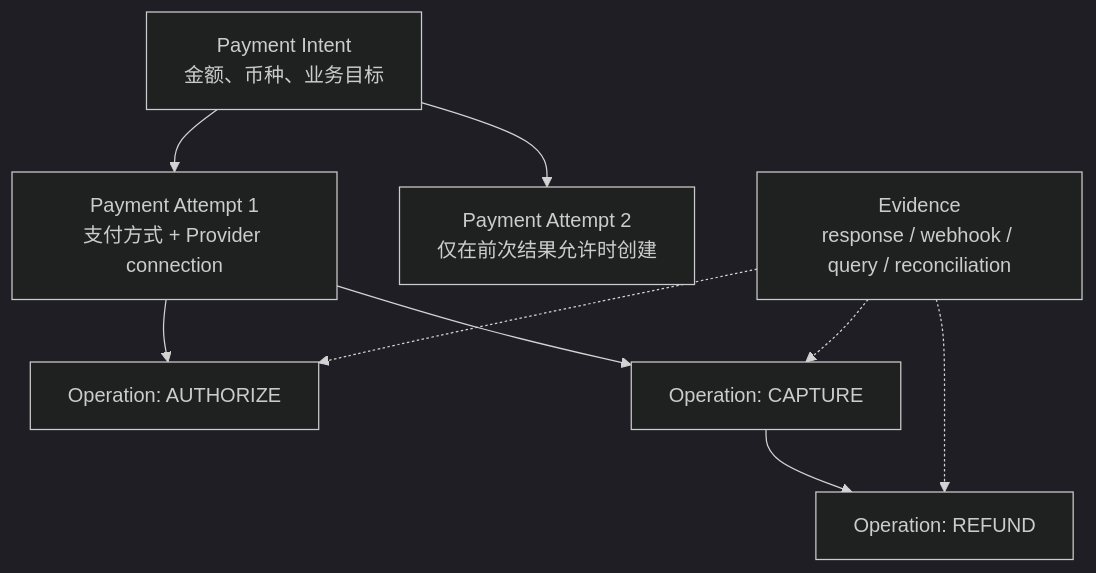
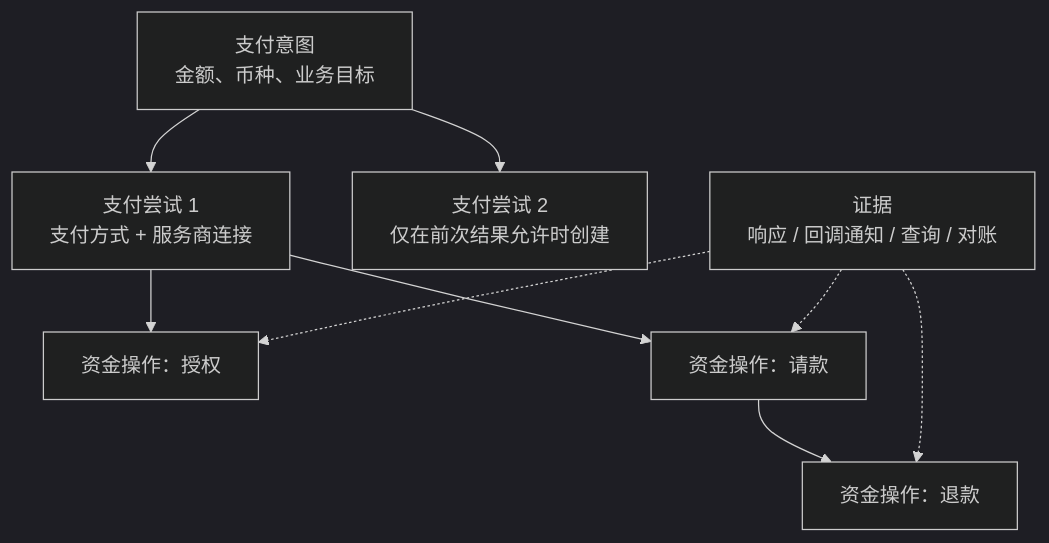
The third of 4 diagrams in part-1-foundations/payment-lifecycle.md (YouEclipse/Designing-Modern-Payment-Systems), drawn with Mermaid (dark theme) before and after one commit. The commit also changed other lines of this file and 59 other files, not shown here.

````diff
--- a/part-1-foundations/payment-lifecycle.md
+++ b/part-1-foundations/payment-lifecycle.md
@@ -185,19 +185,19 @@
 ```mermaid
 flowchart TB
-    Intent["Payment Intent<br/>金额、币种、业务目标"]
-    AttemptA["Payment Attempt 1<br/>支付方式 + Provider connection"]
-    AttemptB["Payment Attempt 2<br/>仅在前次结果允许时创建"]
-    Auth["Operation: AUTHORIZE"]
-    Capture["Operation: CAPTURE"]
-    Refund["Operation: REFUND"]
-    Evidence["Evidence<br/>response / webhook / query / reconciliation"]
+    Intent["支付意图<br/>金额、币种、业务目标"]
+    AttemptA["支付尝试 1<br/>支付方式 + 服务商连接"]
+    AttemptB["支付尝试 2<br/>仅在前次结果允许时创建"]
+    Auth["资金操作：授权"]
+    Capture["资金操作：请款"]
+    Refund["资金操作：退款"]
+    Evidence["证据<br/>响应 / 回调通知 / 查询 / 对账"]
 
     Intent --> AttemptA
     Intent --> AttemptB
     AttemptA --> Auth
     AttemptA --> Capture
     Capture --> Refund
     Evidence -.-> Auth
     Evidence -.-> Capture
     Evidence -.-> Refund
 ```
````
